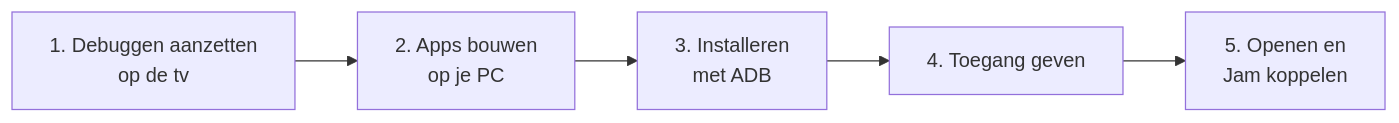
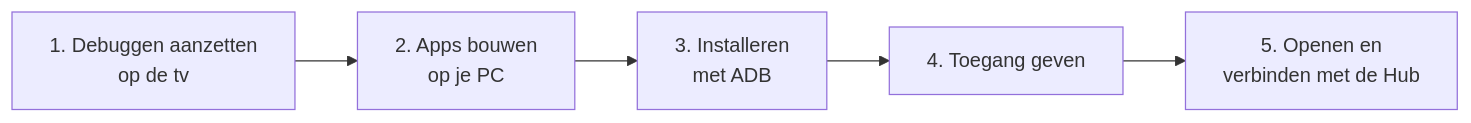
Before and after one commit to CodeAura/SpotiParty: the diagram in docs/android-tv/README.md, drawn with Mermaid. The commit also changed other lines of this file and 28 other files, not shown here.

````diff
--- a/docs/android-tv/README.md
+++ b/docs/android-tv/README.md
@@ -33,7 +33,7 @@
 ```mermaid
 flowchart LR
     S1[1. Debuggen aanzetten<br/>op de tv] --> S2[2. Apps bouwen<br/>op je PC]
     S2 --> S3[3. Installeren<br/>met ADB]
     S3 --> S4[4. Toegang geven]
-    S4 --> S5[5. Openen en<br/>Jam koppelen]
+    S4 --> S5[5. Openen en<br/>verbinden met de Hub]
 ```
````
